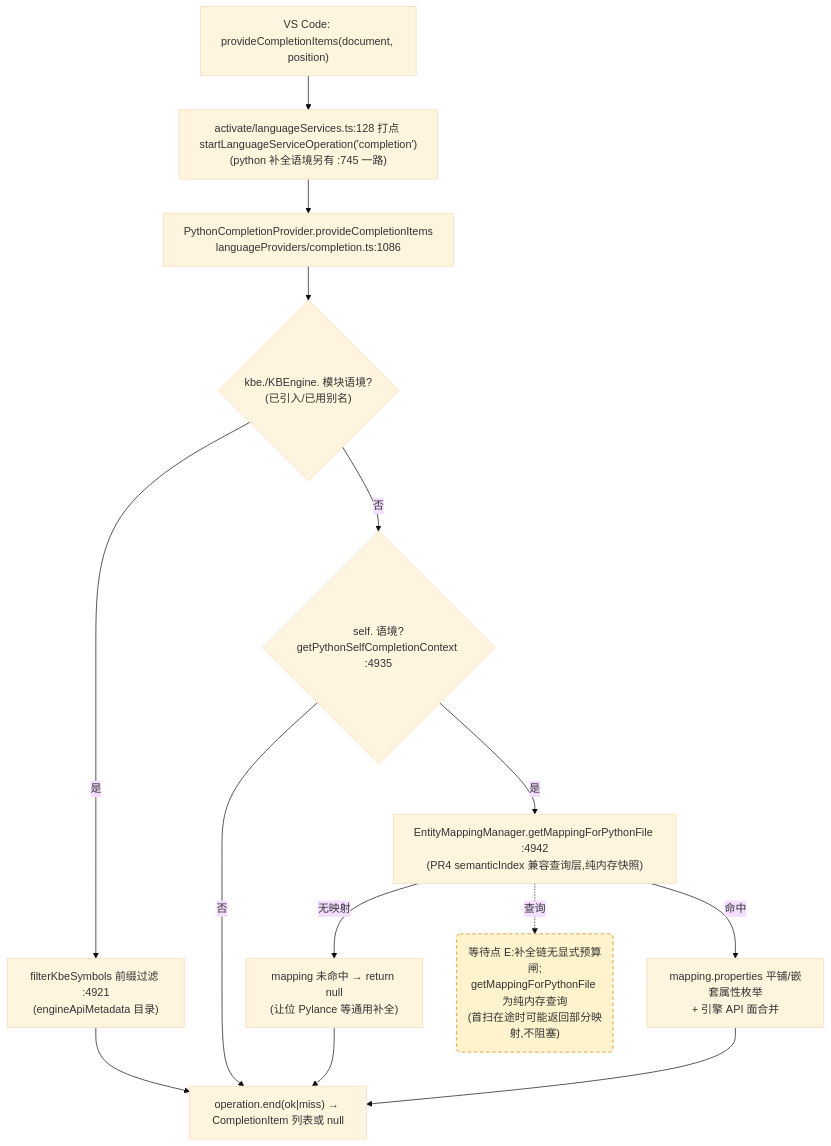
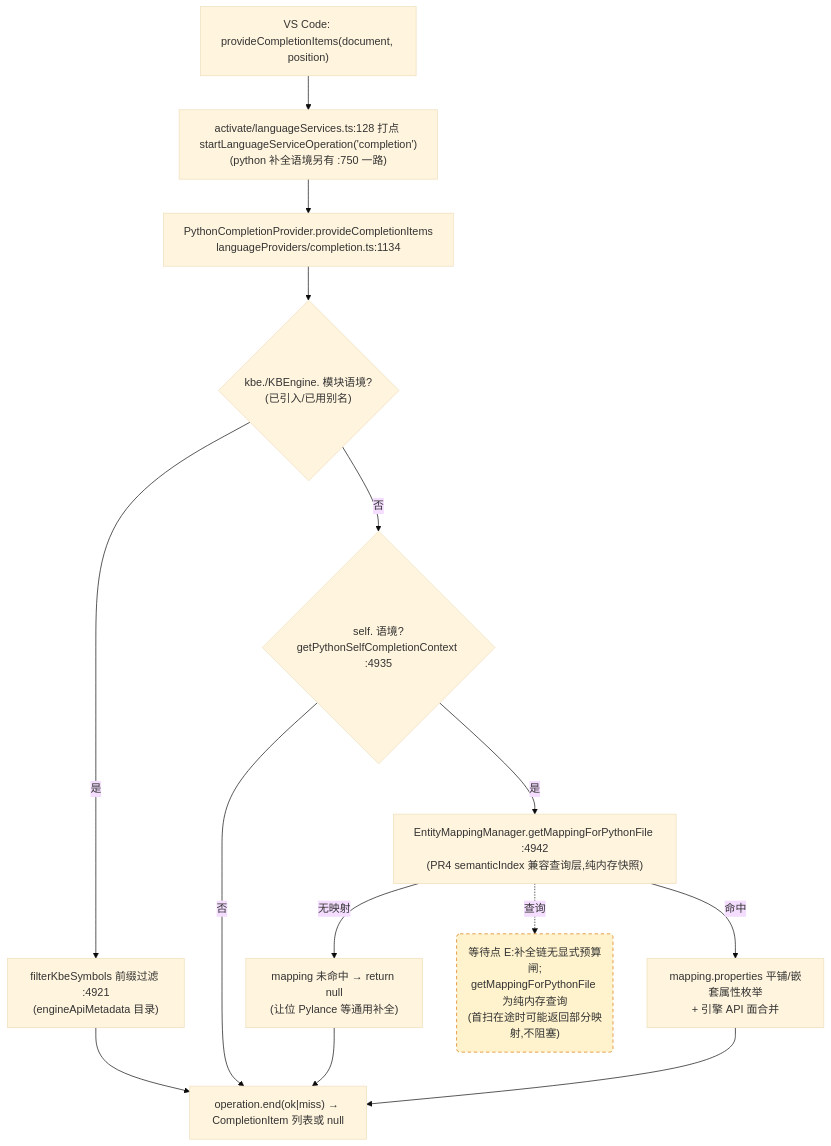
The third of 4 diagrams in docs/perf/2026-baseline.md (cuihairu/kode), drawn with Mermaid (base theme) before and after one commit. The commit also changed other lines of this file and 15 other files, not shown here.

````diff
--- a/docs/perf/2026-baseline.md
+++ b/docs/perf/2026-baseline.md
@@ -198,27 +199,27 @@
 ```mermaid
 flowchart TD
   VC3["VS Code: provideCompletionItems(document, position)"]
-  M3["activate/languageServices.ts:128 打点 startLanguageServiceOperation('completion')<br/>(python 补全语境另有 :745 一路)"]
-  CP["PythonCompletionProvider.provideCompletionItems<br/>languageProviders/completion.ts:1086"]
+  M3["activate/languageServices.ts:128 打点 startLanguageServiceOperation('completion')<br/>(python 补全语境另有 :750 一路)"]
+  CP["PythonCompletionProvider.provideCompletionItems<br/>languageProviders/completion.ts:1134"]
   KBEC{"kbe./KBEngine. 模块语境?<br/>(已引入/已用别名)"}
   FILTER["filterKbeSymbols 前缀过滤 :4921<br/>(engineApiMetadata 目录)"]
   SELFC{"self. 语境?<br/>getPythonSelfCompletionContext :4935"}
   MAP["EntityMappingManager.getMappingForPythonFile :4942<br/>(PR4 semanticIndex 兼容查询层,纯内存快照)"]
   NOMAP["mapping 未命中 → return null<br/>(让位 Pylance 等通用补全)"]
   PROPS["mapping.properties 平铺/嵌套属性枚举<br/>+ 引擎 API 面合并"]
   END3["operation.end(ok|miss) → CompletionItem 列表或 null"]
 
   VC3 --> M3 --> CP --> KBEC
   KBEC -- "是" --> FILTER --> END3
   KBEC -- "否" --> SELFC
   SELFC -- "否" --> END3
   SELFC -- "是" --> MAP
   MAP -- "无映射" --> NOMAP --> END3
   MAP -- "命中" --> PROPS --> END3
 
   WAITE("等待点 E:补全链无显式预算闸;<br/>getMappingForPythonFile 为纯内存查询<br/>(首扫在途时可能返回部分映射,不阻塞)")
   MAP -.->|查询| WAITE
 
   classDef waitPoint fill:#fff3cd,stroke:#d97706,stroke-dasharray:5 4;
   class WAITE waitPoint;
 ```
````
